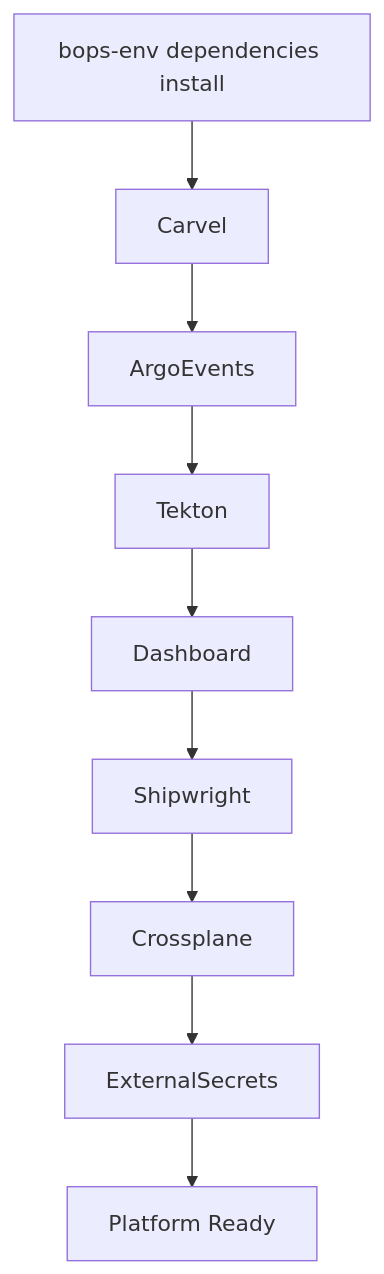
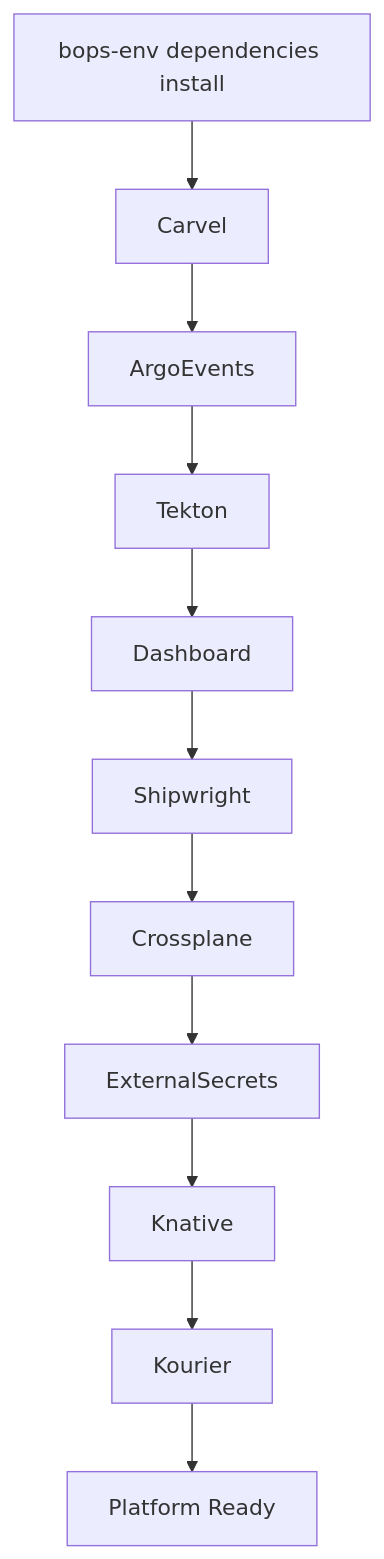
The second of 2 diagrams in README.md (blanketops/environments-cli), drawn with Mermaid before and after one commit. The commit also changed other lines of this file and 8 other files, not shown here.

First line of the commit message:
feat: add Knative Serving + Kourier to the platform stack

````diff
--- a/README.md
+++ b/README.md
@@ -183,11 +185,13 @@
 ```mermaid
 flowchart TD
     Start[bops-env dependencies install] --> Carvel
     Carvel --> ArgoEvents
     ArgoEvents --> Tekton
     Tekton --> Dashboard
     Dashboard --> Shipwright
     Shipwright --> Crossplane
     Crossplane --> ExternalSecrets
-    ExternalSecrets --> Done[Platform Ready]
+    ExternalSecrets --> Knative
+    Knative --> Kourier
+    Kourier --> Done[Platform Ready]
 ```
````
